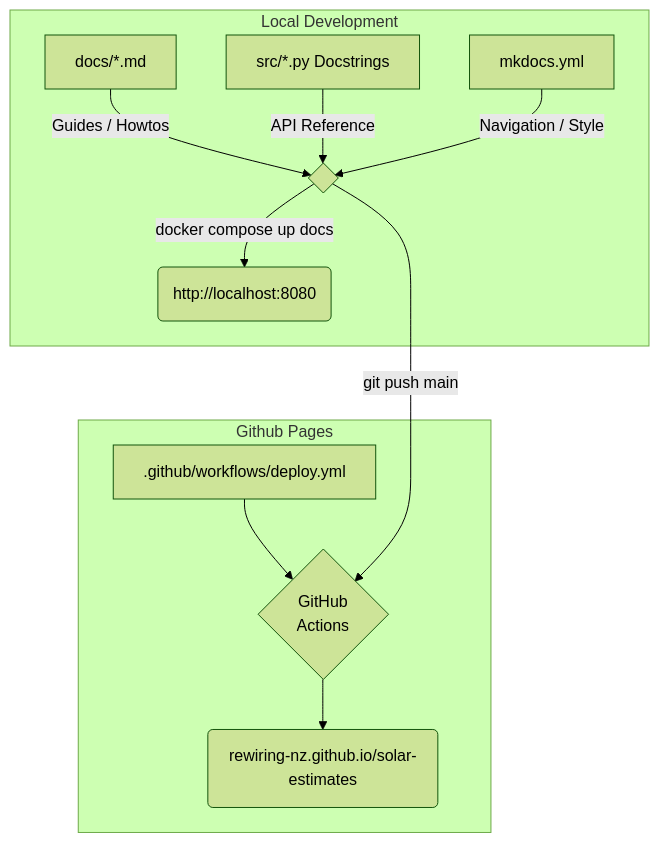
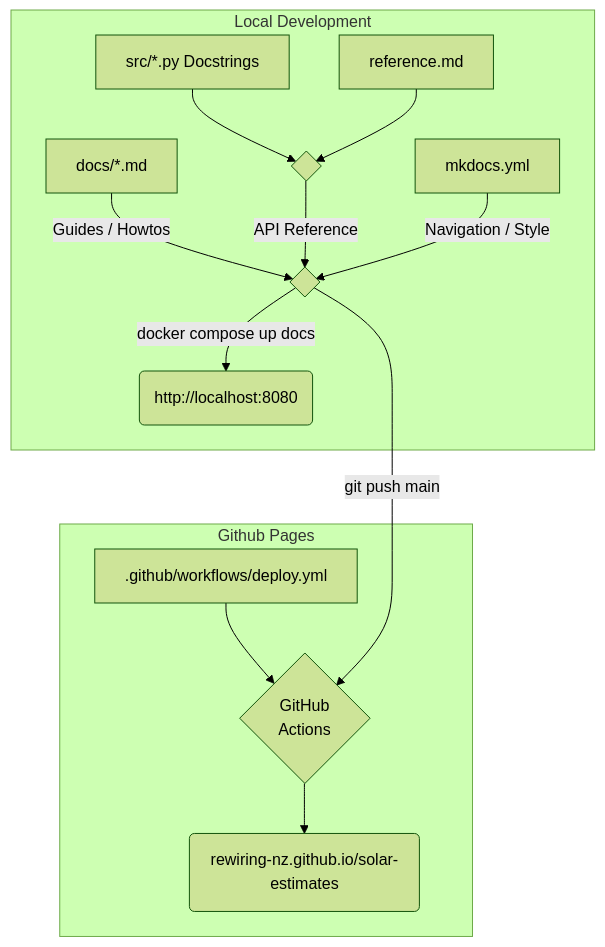
One commit to rewiring-nz/solar-estimates changed the diagram in docs/developer/website-guide.md. Above: the diagram before and after it, drawn with Mermaid (forest theme). The commit also changed other lines of this file and 4 other files, not shown here.

````diff
--- a/docs/developer/website-guide.md
+++ b/docs/developer/website-guide.md
@@ -11,17 +11,18 @@
 ```mermaid
 graph TD
     subgraph Local Development
         A[docs/*.md] --Guides / Howtos --> D{ }
-        B[src/*.py Docstrings] -- API Reference--> D
+        B[src/*.py Docstrings] --> Y{ }
+        X[reference.md] --> Y --API Reference--> D
         C[mkdocs.yml] -- Navigation / Style --> D
         D --docker compose up docs--> K
     end
     K(http://localhost:8080) ~~~ E
 
     subgraph Github Pages
         E[.github/workflows/deploy.yml] --> F
         D -- git push main --> F{GitHub
           Actions}
         F --> G(rewiring-nz.github.io/solar-estimates)
     end
 ```
````
